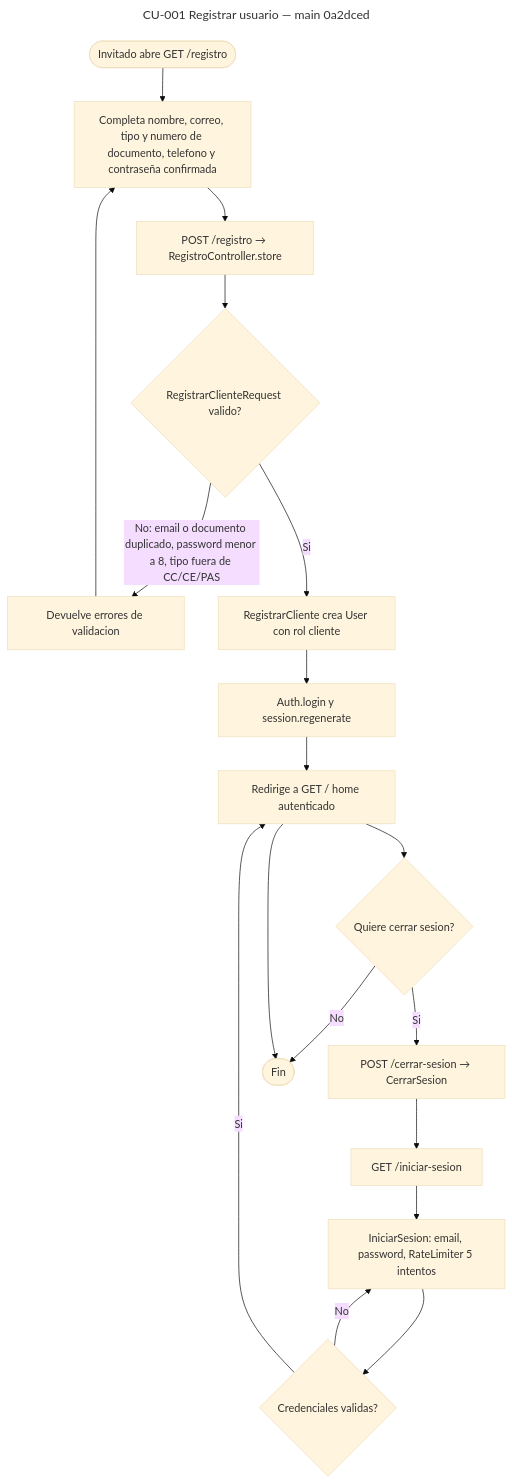
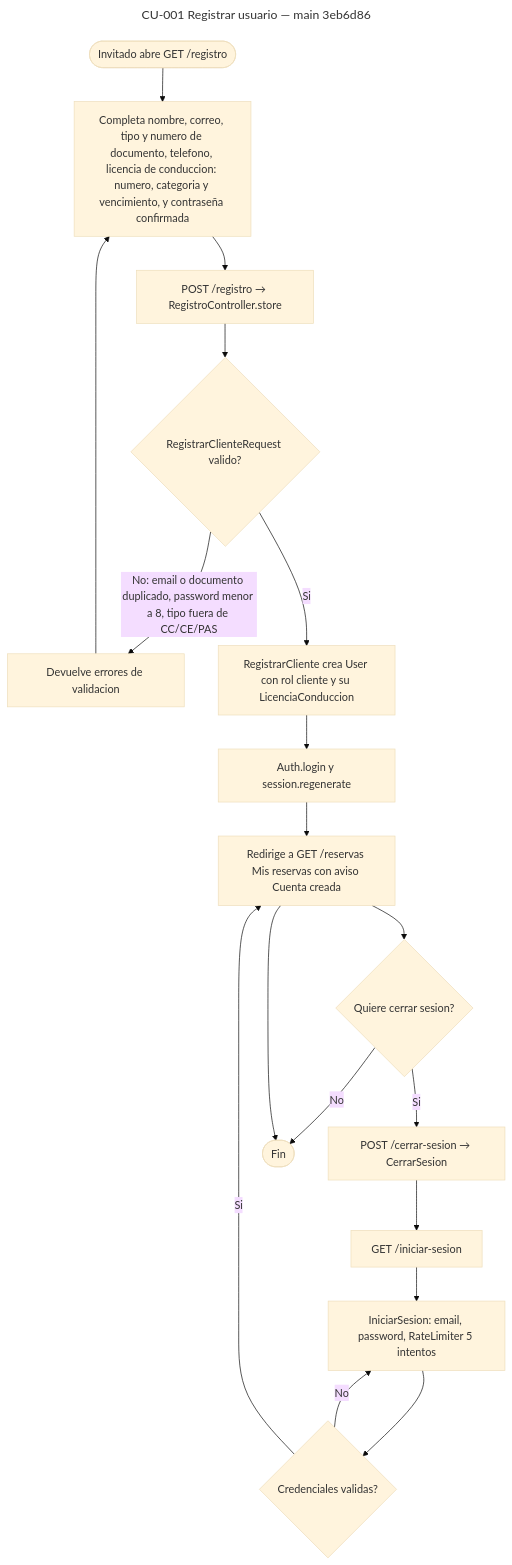
The diagram in docs/entrega-2/diagramas/actividad-cu001-registrar-usuario.mmd (molxno/renta-vehiculos), drawn with Mermaid (base theme) before and after one commit. The commit also changed 8 other files, not shown here.

First line of the commit message:
Diagramas Entrega 2 (.mmd) (#65)

```diff
--- a/docs/entrega-2/diagramas/actividad-cu001-registrar-usuario.mmd
+++ b/docs/entrega-2/diagramas/actividad-cu001-registrar-usuario.mmd
@@ -1,21 +1,21 @@
 ---
-title: CU-001 Registrar usuario — main 0a2dced
+title: CU-001 Registrar usuario — main 3eb6d86
 ---
 flowchart TD
-    start([Invitado abre GET /registro]) --> form[Completa nombre, correo, tipo y numero de documento, telefono y contraseña confirmada]
+    start([Invitado abre GET /registro]) --> form[Completa nombre, correo, tipo y numero de documento, telefono, licencia de conduccion: numero, categoria y vencimiento, y contraseña confirmada]
     form --> post[POST /registro → RegistroController.store]
     post --> valid{RegistrarClienteRequest valido?}
     valid -->|No: email o documento duplicado, password menor a 8, tipo fuera de CC/CE/PAS| errores[Devuelve errores de validacion]
     errores --> form
-    valid -->|Si| crear[RegistrarCliente crea User con rol cliente]
+    valid -->|Si| crear[RegistrarCliente crea User con rol cliente y su LicenciaConduccion]
     crear --> login[Auth.login y session.regenerate]
-    login --> home[Redirige a GET / home autenticado]
+    login --> home[Redirige a GET /reservas Mis reservas con aviso Cuenta creada]
     home --> salir{Quiere cerrar sesion?}
     salir -->|Si| logout[POST /cerrar-sesion → CerrarSesion]
     logout --> loginPage[GET /iniciar-sesion]
     loginPage --> creds[IniciarSesion: email, password, RateLimiter 5 intentos]
     creds --> okLogin{Credenciales validas?}
     okLogin -->|No| creds
     okLogin -->|Si| home
     salir -->|No| fin([Fin])
     home --> fin
```
